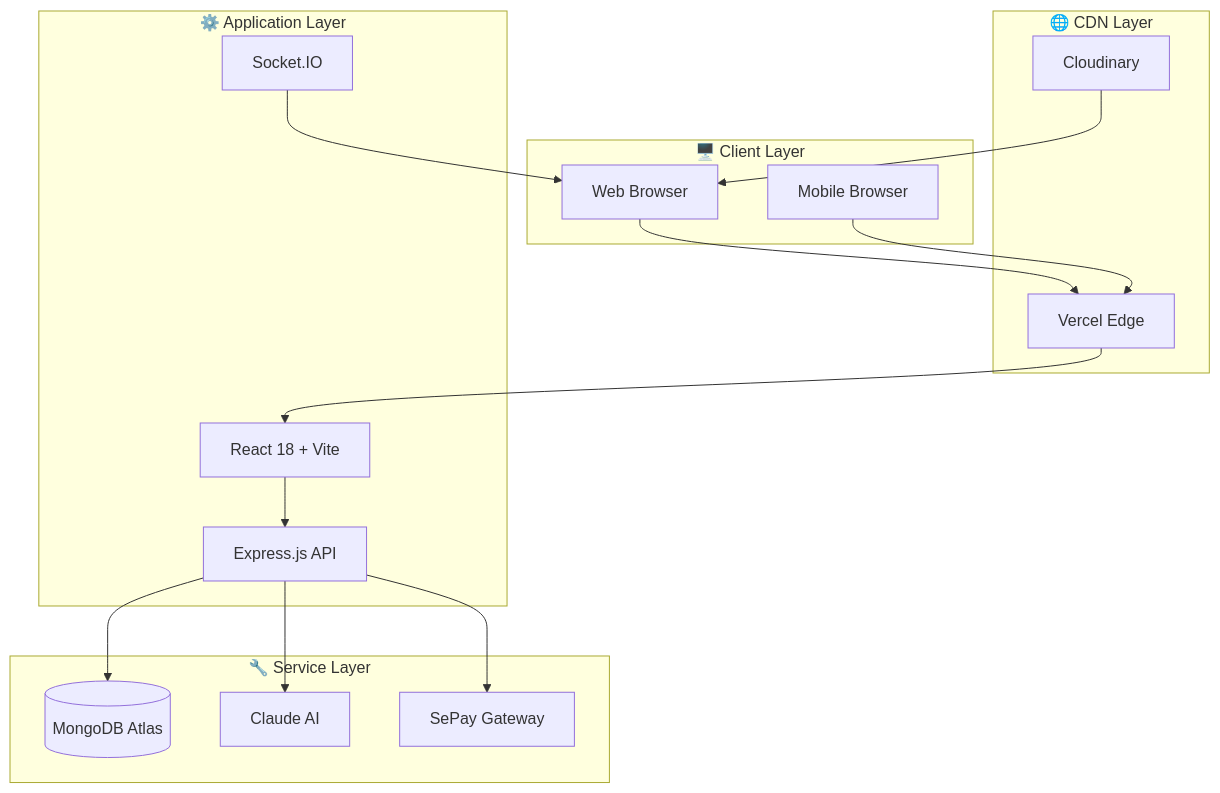
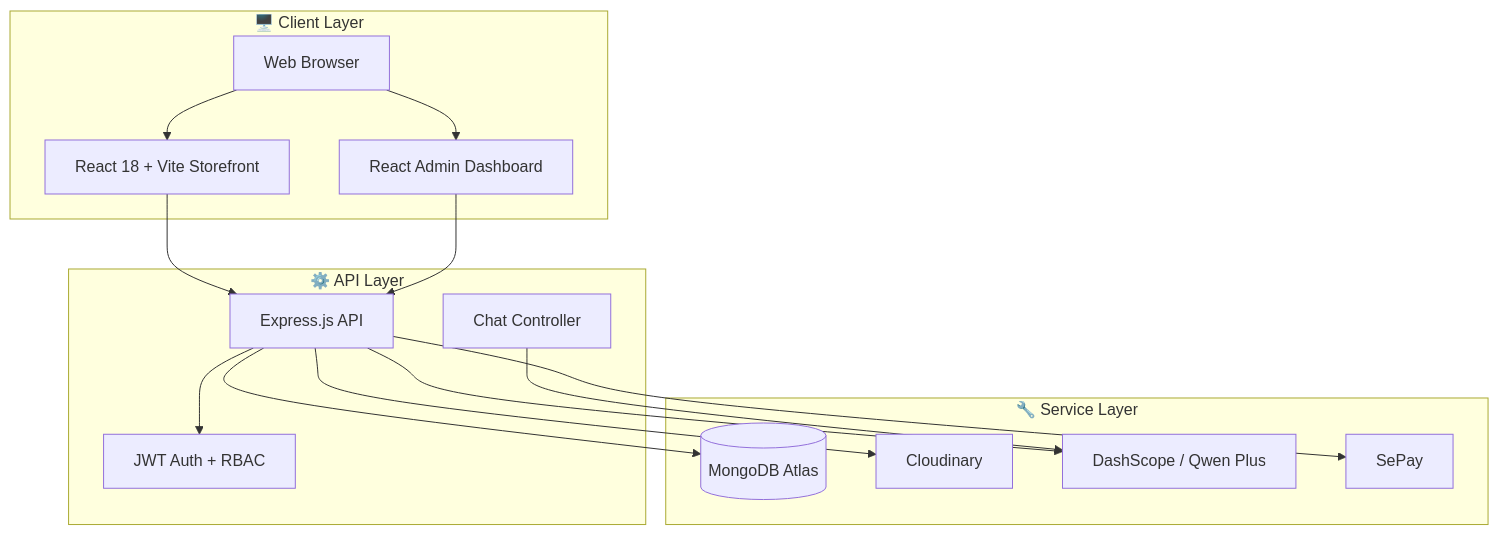
One commit to AbyssT34/TTDN_Ecommerce_Market_Shop changed the first of 3 diagrams in README.md. Above: the diagram before and after it, drawn with Mermaid. The commit also changed other lines of this file, not shown here.

````diff
--- a/README.md
+++ b/README.md
@@ -84,34 +100,32 @@
 ```mermaid
 flowchart TB
     subgraph Client["🖥️ Client Layer"]
         Browser["Web Browser"]
-        Mobile["Mobile Browser"]
+        Storefront["React 18 + Vite Storefront"]
+        AdminUI["React Admin Dashboard"]
     end
 
-    subgraph CDN["🌐 CDN Layer"]
-        Vercel["Vercel Edge"]
-        Cloudinary["Cloudinary"]
-    end
-
-    subgraph App["⚙️ Application Layer"]
-        React["React 18 + Vite"]
+    subgraph API["⚙️ API Layer"]
         Express["Express.js API"]
-        Socket["Socket.IO"]
+        Auth["JWT Auth + RBAC"]
+        Chat["Chat Controller"]
     end
 
     subgraph Services["🔧 Service Layer"]
         MongoDB[(MongoDB Atlas)]
-        Claude["Claude AI"]
-        SePay["SePay Gateway"]
+        Cloudinary["Cloudinary"]
+        DashScope["DashScope / Qwen Plus"]
+        SePay["SePay"]
     end
 
-    Browser --> Vercel
-    Mobile --> Vercel
-    Vercel --> React
-    React --> Express
+    Browser --> Storefront
+    Browser --> AdminUI
+    Storefront --> Express
+    AdminUI --> Express
+    Express --> Auth
     Express --> MongoDB
-    Express --> Claude
+    Express --> Cloudinary
+    Express --> DashScope
     Express --> SePay
-    Socket --> Browser
-    Cloudinary --> Browser
+    Chat --> DashScope
 ```
````
